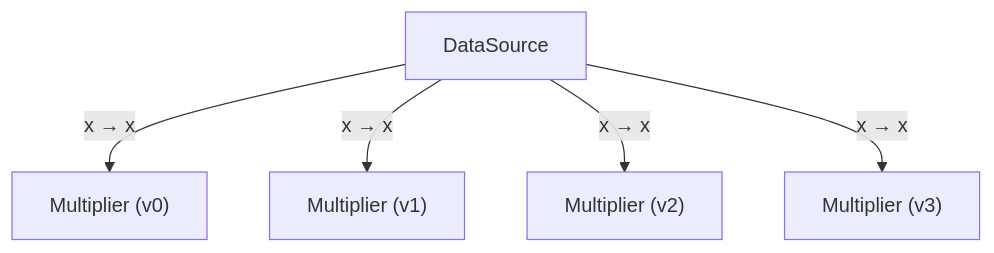
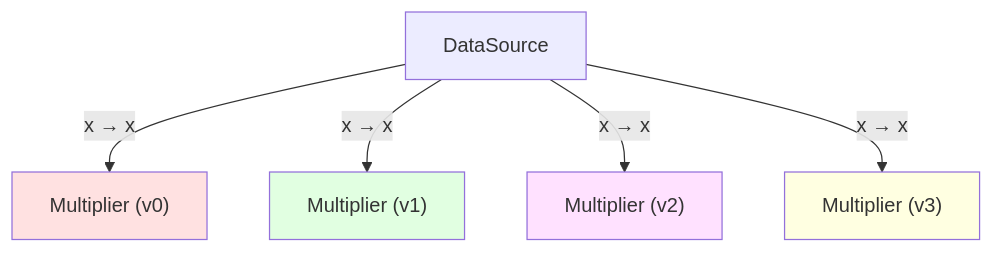
The fourth of 6 diagrams in README.md (briday1/graph-sp), drawn with Mermaid before and after one commit. The commit also changed other lines of this file and 3 other files, not shown here.

````diff
--- a/README.md
+++ b/README.md
@@ -328,12 +346,20 @@
 ```mermaid
 graph TD
-    0["DataSource"]
-    1["Multiplier (v0)"]
-    2["Multiplier (v1)"]
-    3["Multiplier (v2)"]
-    4["Multiplier (v3)"]
-    0 -->|x → x| 1
-    0 -->|x → x| 2
-    0 -->|x → x| 3
-    0 -->|x → x| 4
+0["DataSource"]
+1["Multiplier (v0)"]
+2["Multiplier (v1)"]
+3["Multiplier (v2)"]
+4["Multiplier (v3)"]
+0 -->|x → x| 1
+0 -->|x → x| 2
+0 -->|x → x| 3
+0 -->|x → x| 4
+style 1 fill:#e1f5ff
+style 2 fill:#e1f5ff
+style 3 fill:#e1f5ff
+style 4 fill:#e1f5ff
+style 1 fill:#ffe1e1
+style 2 fill:#e1ffe1
+style 3 fill:#ffe1ff
+style 4 fill:#ffffe1
 ```
````
